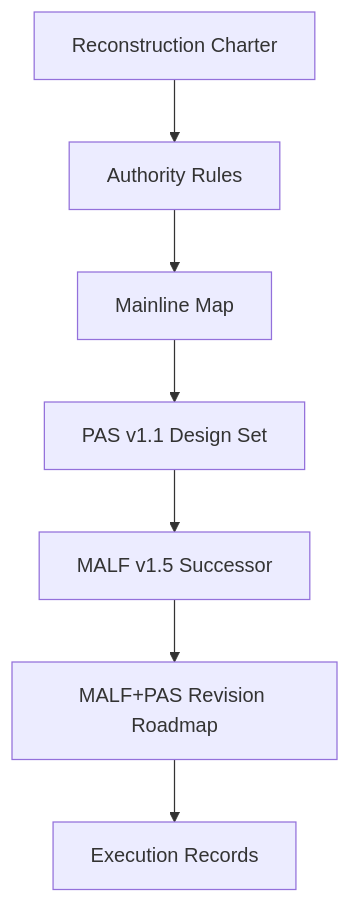
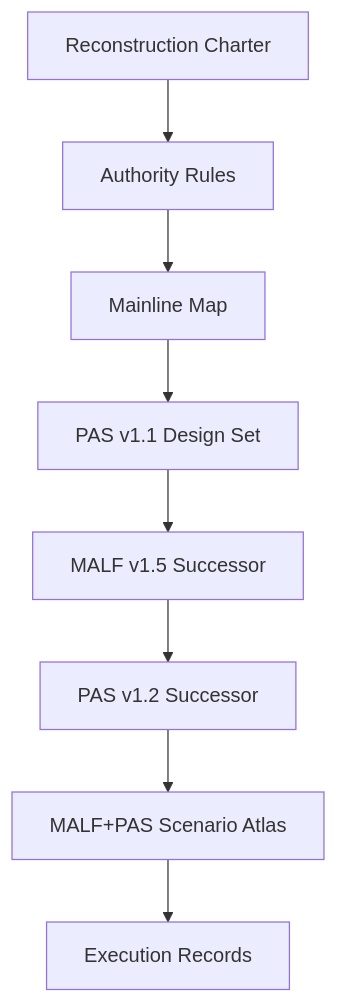
The diagram in docs/README.md (everything-is-simple/Malf-Pas), drawn with Mermaid before and after one commit. The commit also changed other lines of this file and 30 other files, not shown here.

Commit message:
feat(governance): freeze MALF PAS scenario atlas

````diff
--- a/docs/README.md
+++ b/docs/README.md
@@ -5,9 +5,10 @@
 ```mermaid
 flowchart TD
     A[Reconstruction Charter] --> B[Authority Rules]
     B --> C[Mainline Map]
     C --> D[PAS v1.1 Design Set]
     D --> E[MALF v1.5 Successor]
-    E --> F[MALF+PAS Revision Roadmap]
-    F --> G[Execution Records]
+    E --> F[PAS v1.2 Successor]
+    F --> G[MALF+PAS Scenario Atlas]
+    G --> H[Execution Records]
 ```
````
